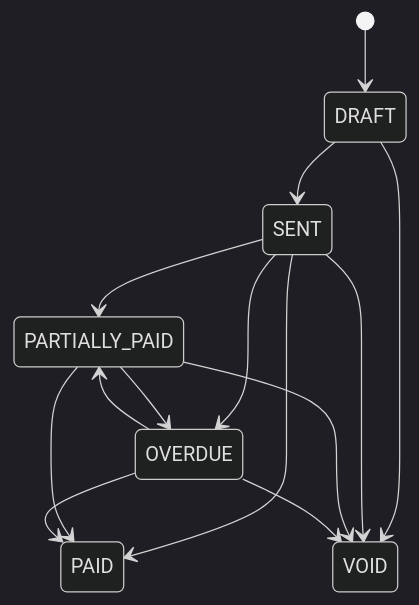
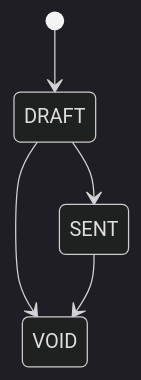
Before and after one commit to OjasPurohit/Meridian-Bay: the first of 4 diagrams in docs/contracts/ENUMS.md, drawn with Mermaid (dark theme). The commit also changed other lines of this file and 276 other files, not shown here.

````diff
--- a/docs/contracts/ENUMS.md
+++ b/docs/contracts/ENUMS.md
@@ -93,16 +45,7 @@
 ```mermaid
 stateDiagram-v2
   [*] --> DRAFT
   DRAFT --> SENT
   DRAFT --> VOID
-  SENT --> PARTIALLY_PAID
-  SENT --> PAID
-  SENT --> OVERDUE
   SENT --> VOID
-  PARTIALLY_PAID --> PAID
-  PARTIALLY_PAID --> OVERDUE
-  PARTIALLY_PAID --> VOID
-  OVERDUE --> PARTIALLY_PAID
-  OVERDUE --> PAID
-  OVERDUE --> VOID
 ```
````
